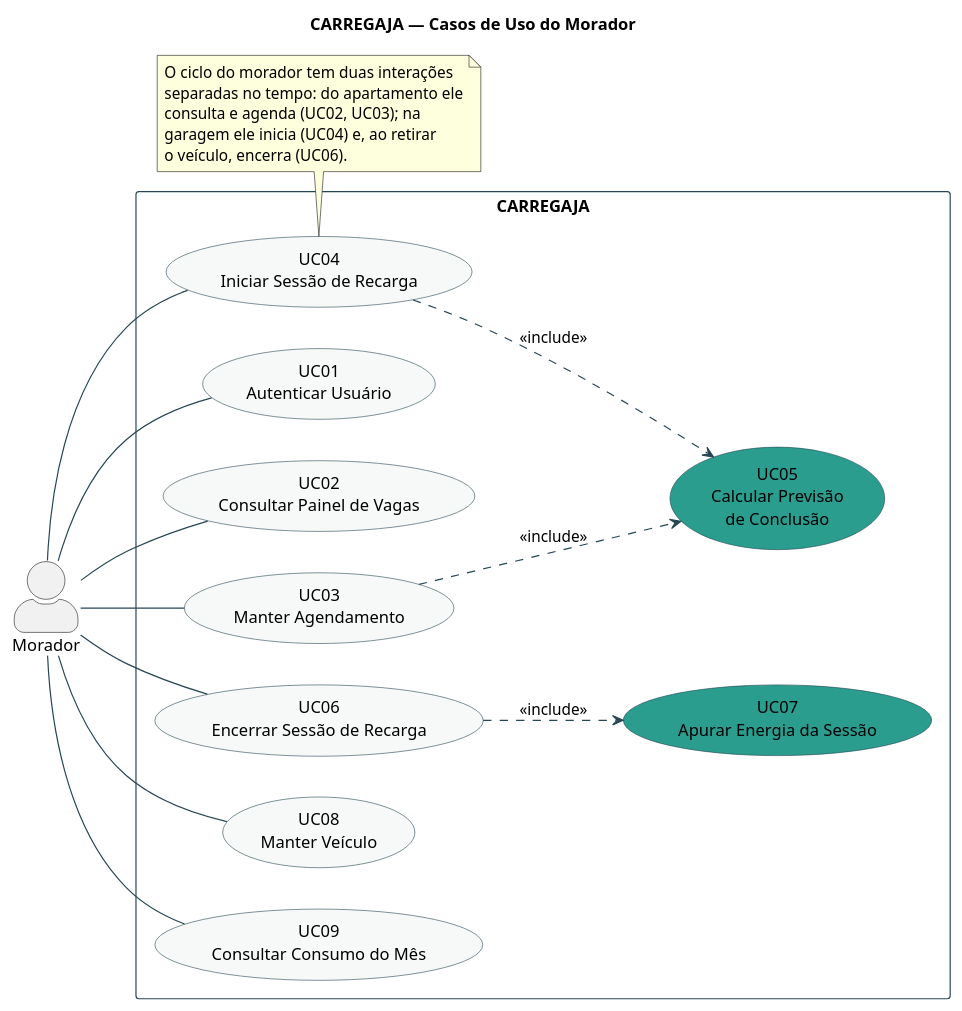
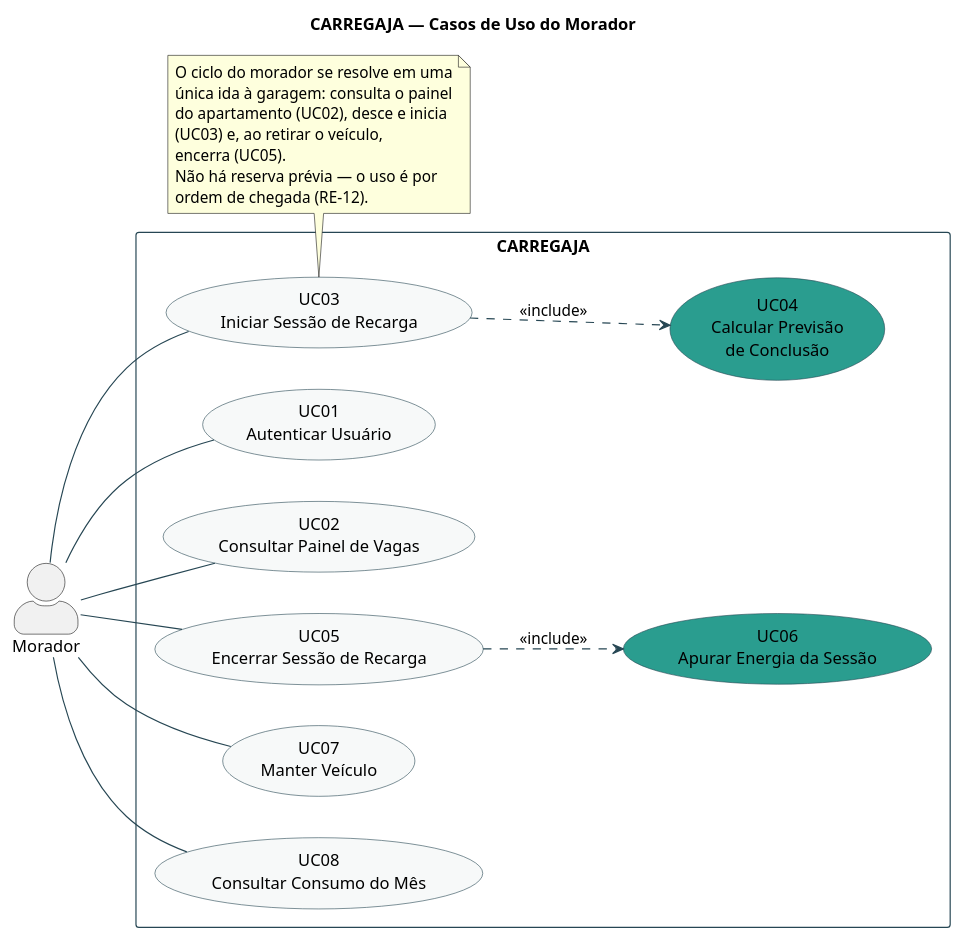
Before and after one commit to AndreMoreira00/CarregaJA: the first of 2 diagrams in 2.Analise e Design/CARREGAJA - Modelo de Caso de Uso - por ator.puml, drawn with PlantUML. The commit also changed other lines of this file and 13 other files, not shown here.

```diff
--- a/2.Analise e Design/CARREGAJA - Modelo de Caso de Uso - por ator.puml
+++ b/2.Analise e Design/CARREGAJA - Modelo de Caso de Uso - por ator.puml
@@ -17,52 +16,51 @@
 @startuml CARREGAJA-CasoDeUso-Morador
 
 title CARREGAJA — Casos de Uso do Morador
 
 left to right direction
 skinparam packageStyle rectangle
 skinparam shadowing false
 skinparam ArrowColor #264653
 skinparam actorStyle awesome
 skinparam usecase {
   BackgroundColor #F7F9F9
   BorderColor #264653
 }
 skinparam rectangle {
   BorderColor #264653
 }
 
 actor "Morador" as MOR
 
 rectangle "CARREGAJA" {
   usecase "UC01\nAutenticar Usuário" as UC01
   usecase "UC02\nConsultar Painel de Vagas" as UC02
-  usecase "UC03\nManter Agendamento" as UC03
-  usecase "UC04\nIniciar Sessão de Recarga" as UC04
-  usecase "UC05\nCalcular Previsão\nde Conclusão" as UC05 #2A9D8F
-  usecase "UC06\nEncerrar Sessão de Recarga" as UC06
-  usecase "UC07\nApurar Energia da Sessão" as UC07 #2A9D8F
-  usecase "UC08\nManter Veículo" as UC08
-  usecase "UC09\nConsultar Consumo do Mês" as UC09
+  usecase "UC03\nIniciar Sessão de Recarga" as UC03
+  usecase "UC04\nCalcular Previsão\nde Conclusão" as UC04 #2A9D8F
+  usecase "UC05\nEncerrar Sessão de Recarga" as UC05
+  usecase "UC06\nApurar Energia da Sessão" as UC06 #2A9D8F
+  usecase "UC07\nManter Veículo" as UC07
+  usecase "UC08\nConsultar Consumo do Mês" as UC08
 }
 
 MOR -- UC01
 MOR -- UC02
 MOR -- UC03
-MOR -- UC04
-MOR -- UC06
+MOR -- UC05
+MOR -- UC07
 MOR -- UC08
-MOR -- UC09
 
-UC03 ..> UC05 : <<include>>
-UC04 ..> UC05 : <<include>>
-UC06 ..> UC07 : <<include>>
+UC03 ..> UC04 : <<include>>
+UC05 ..> UC06 : <<include>>
 
-note bottom of UC04
-  O ciclo do morador tem duas interações
-  separadas no tempo: do apartamento ele
-  consulta e agenda (UC02, UC03); na
-  garagem ele inicia (UC04) e, ao retirar
-  o veículo, encerra (UC06).
+note bottom of UC03
+  O ciclo do morador se resolve em uma
+  única ida à garagem: consulta o painel
+  do apartamento (UC02), desce e inicia
+  (UC03) e, ao retirar o veículo,
+  encerra (UC05).
+  Não há reserva prévia — o uso é por
+  ordem de chegada (RE-12).
 end note
 
 @enduml
```
